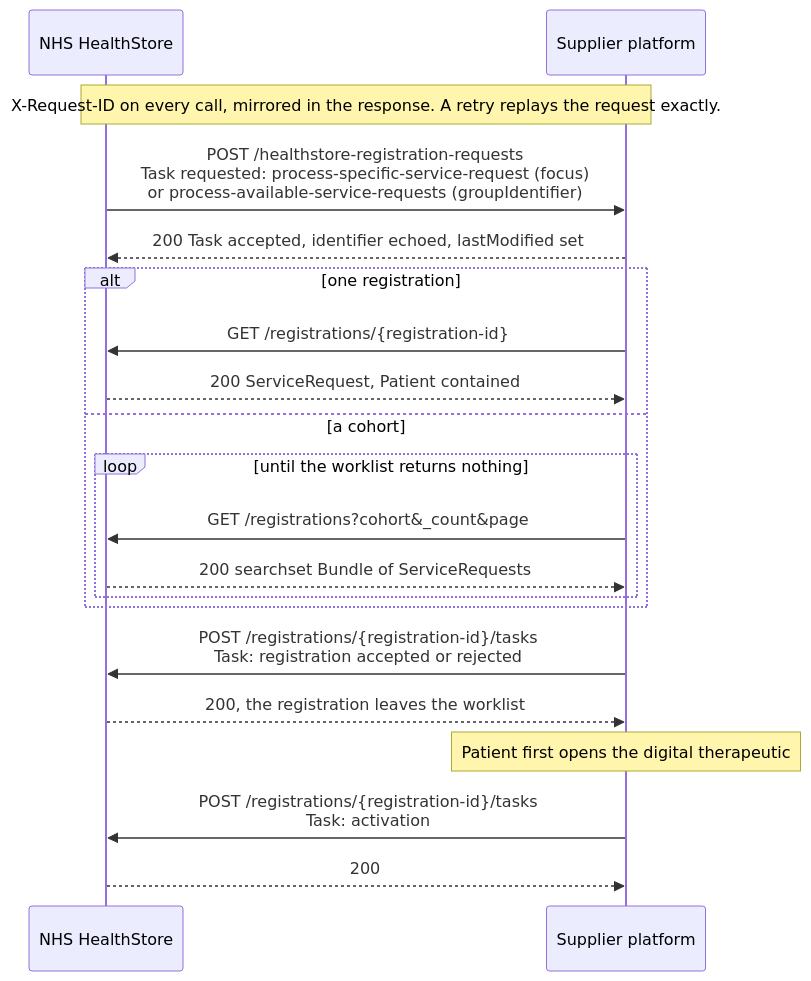
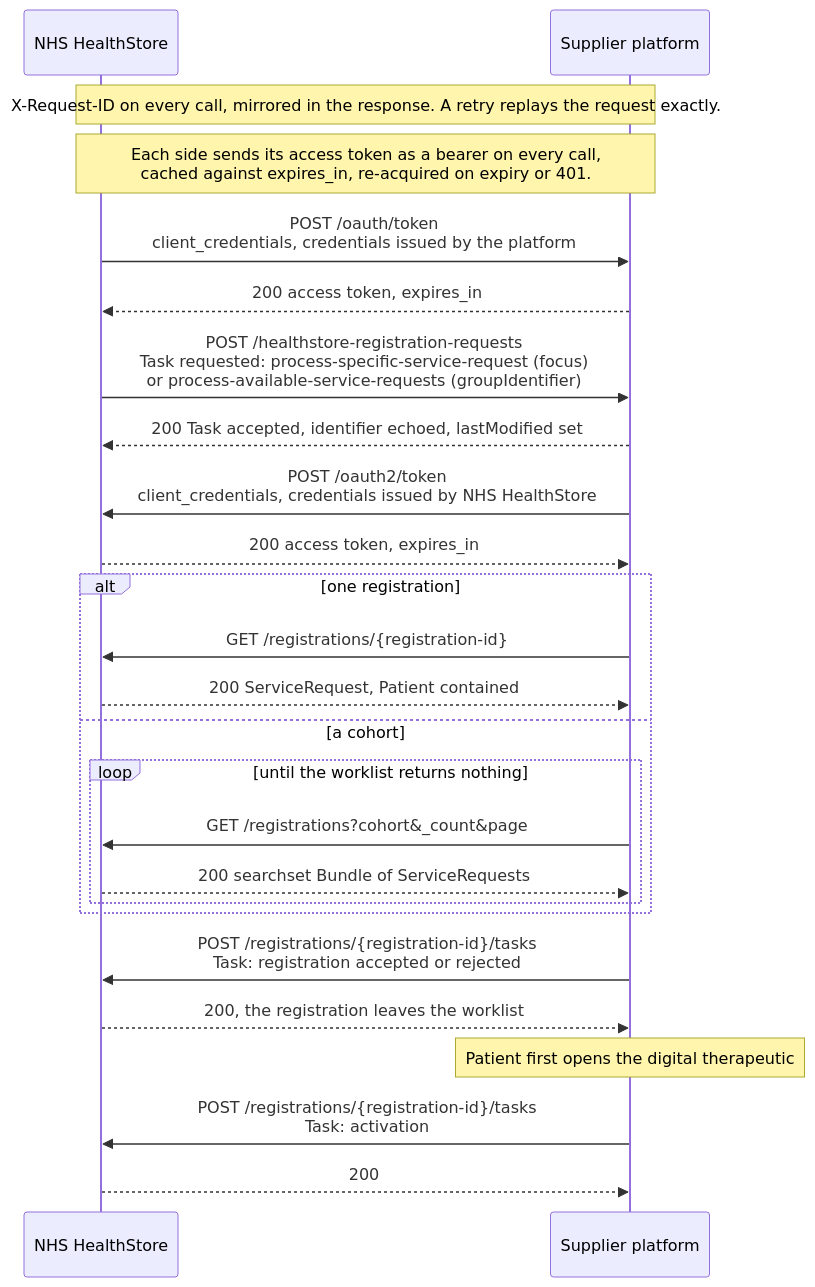
One commit to NHSDigital/healthstore-dtx-supplier-integration-framework changed the diagram in docs/registration-api/registration-sequence.mmd. Above: the diagram before and after it, drawn with Mermaid. The commit also changed 28 other files, not shown here.

Commit message:
Auth flow documented and example and simulator updated

```diff
--- a/docs/registration-api/registration-sequence.mmd
+++ b/docs/registration-api/registration-sequence.mmd
@@ -1,25 +1,32 @@
 sequenceDiagram
     participant HealthStore as NHS HealthStore
     participant Platform as Supplier platform
 
     Note over HealthStore,Platform: X-Request-ID on every call, mirrored in the response. A retry replays the request exactly.
+    Note over HealthStore,Platform: Each side sends its access token as a bearer on every call,<br/>cached against expires_in, re-acquired on expiry or 401.
+
+    HealthStore->>Platform: POST /oauth/token<br/>client_credentials, credentials issued by the platform
+    Platform-->>HealthStore: 200 access token, expires_in
 
     HealthStore->>Platform: POST /healthstore-registration-requests<br/>Task requested: process-specific-service-request (focus)<br/>or process-available-service-requests (groupIdentifier)
     Platform-->>HealthStore: 200 Task accepted, identifier echoed, lastModified set
+
+    Platform->>HealthStore: POST /oauth2/token<br/>client_credentials, credentials issued by NHS HealthStore
+    HealthStore-->>Platform: 200 access token, expires_in
 
     alt one registration
         Platform->>HealthStore: GET /registrations/{registration-id}
         HealthStore-->>Platform: 200 ServiceRequest, Patient contained
     else a cohort
         loop until the worklist returns nothing
             Platform->>HealthStore: GET /registrations?cohort&_count&page
             HealthStore-->>Platform: 200 searchset Bundle of ServiceRequests
         end
     end
 
     Platform->>HealthStore: POST /registrations/{registration-id}/tasks<br/>Task: registration accepted or rejected
     HealthStore-->>Platform: 200, the registration leaves the worklist
 
     Note over Platform: Patient first opens the digital therapeutic
     Platform->>HealthStore: POST /registrations/{registration-id}/tasks<br/>Task: activation
     HealthStore-->>Platform: 200
```
